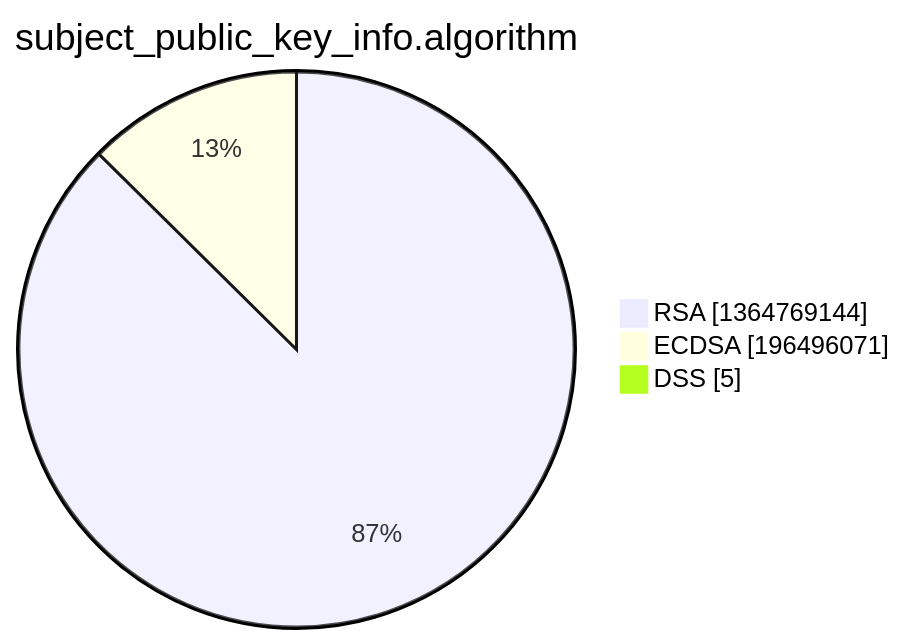
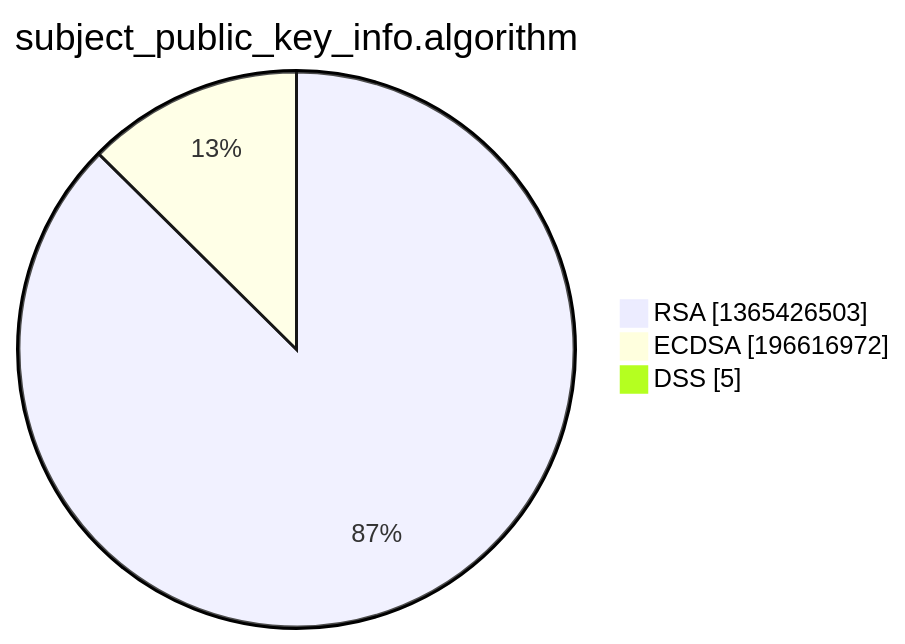
The third of 15 diagrams in xenon2022/README.md (christiankrug/ctmonitor_visualization), drawn with Mermaid before and after one commit. The commit also changed other lines of this file, not shown here.

````diff
--- a/xenon2022/README.md
+++ b/xenon2022/README.md
@@ -14,7 +14,7 @@
 ```mermaid
 pie showData
 title subject_public_key_info.algorithm
-"RSA" :1364769144
-"ECDSA" :196496071
+"RSA" :1365426503
+"ECDSA" :196616972
 "DSS" :5
 ```
````
